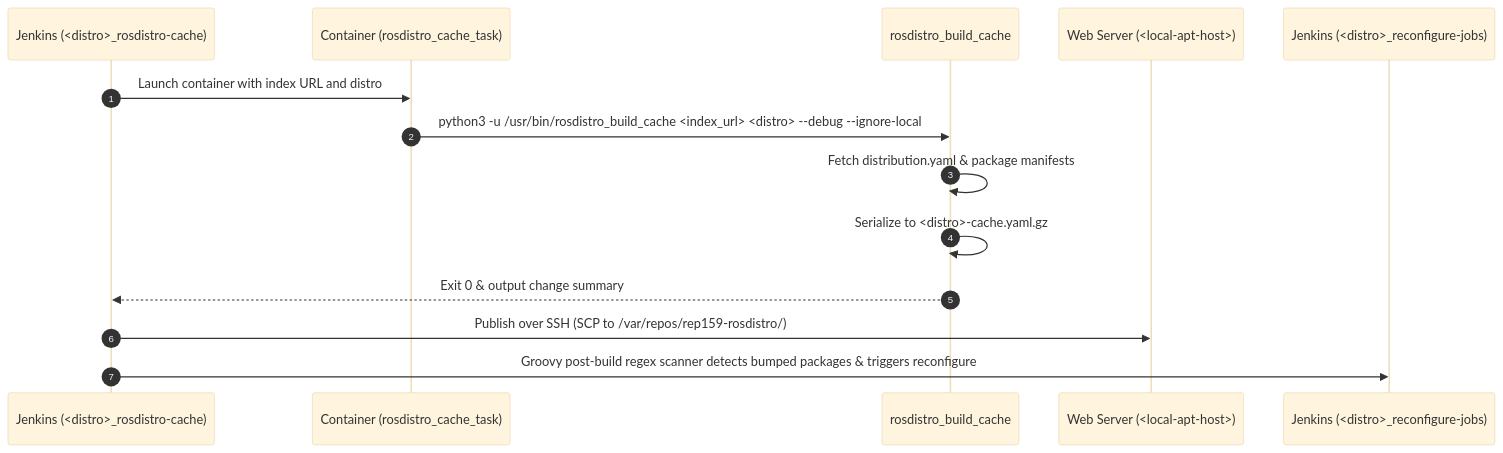
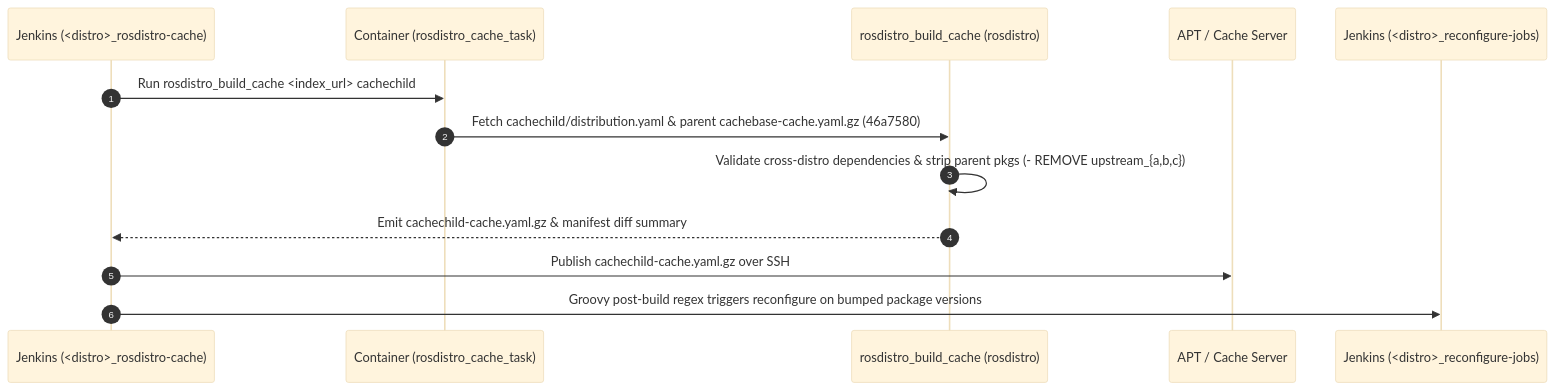
The first of 2 diagrams in STAGE5_CACHE_AND_BLOOM_PLAN.md (KmoM88/rep159-testing), drawn with Mermaid (base theme) before and after one commit. The commit also changed other lines of this file and 2 other files, not shown here.

Commit message:
Streamline Stage 4, Stage 5, and PR/Issue Map docs into concise tables and diagrams

````diff
--- a/STAGE5_CACHE_AND_BLOOM_PLAN.md
+++ b/STAGE5_CACHE_AND_BLOOM_PLAN.md
@@ -17,17 +9,16 @@
 ```mermaid
 sequenceDiagram
     autonumber
     participant Jenkins as Jenkins (<distro>_rosdistro-cache)
     participant Docker as Container (rosdistro_cache_task)
-    participant Script as rosdistro_build_cache
-    participant Nginx as Web Server (<local-apt-host>)
+    participant Script as rosdistro_build_cache (rosdistro)
+    participant Mirror as APT / Cache Server
     participant Reconfig as Jenkins (<distro>_reconfigure-jobs)
 
-    Jenkins->>Docker: Launch container with index URL and distro
-    Docker->>Script: python3 -u /usr/bin/rosdistro_build_cache <index_url> <distro> --debug --ignore-local
-    Script->>Script: Fetch distribution.yaml & package manifests
-    Script->>Script: Serialize to <distro>-cache.yaml.gz
-    Script-->>Jenkins: Exit 0 & output change summary
-    Jenkins->>Nginx: Publish over SSH (SCP to /var/repos/rep159-rosdistro/)
-    Jenkins->>Reconfig: Groovy post-build regex scanner detects bumped packages & triggers reconfigure
+    Jenkins->>Docker: Run rosdistro_build_cache <index_url> cachechild
+    Docker->>Script: Fetch cachechild/distribution.yaml & parent cachebase-cache.yaml.gz (46a7580)
+    Script->>Script: Validate cross-distro dependencies & strip parent pkgs (- REMOVE upstream_{a,b,c})
+    Script-->>Jenkins: Emit cachechild-cache.yaml.gz & manifest diff summary
+    Jenkins->>Mirror: Publish cachechild-cache.yaml.gz over SSH
+    Jenkins->>Reconfig: Groovy post-build regex triggers reconfigure on bumped package versions
 ```
````
